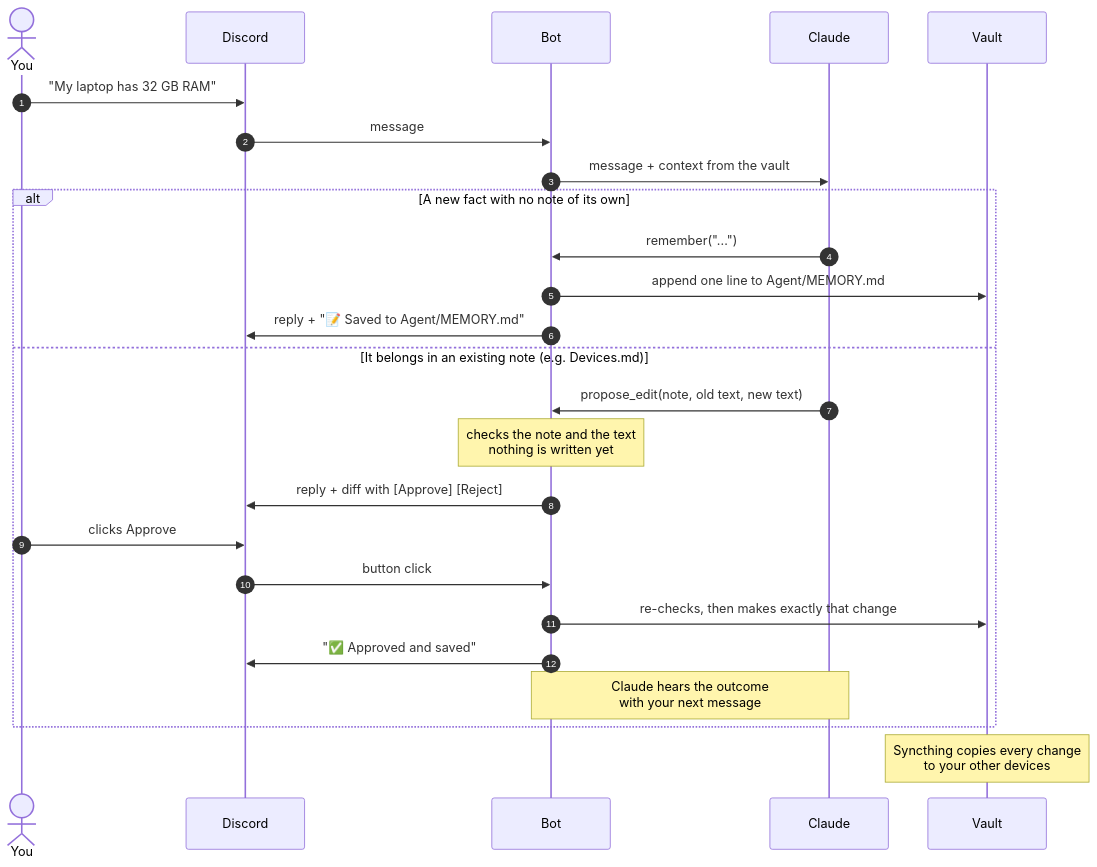
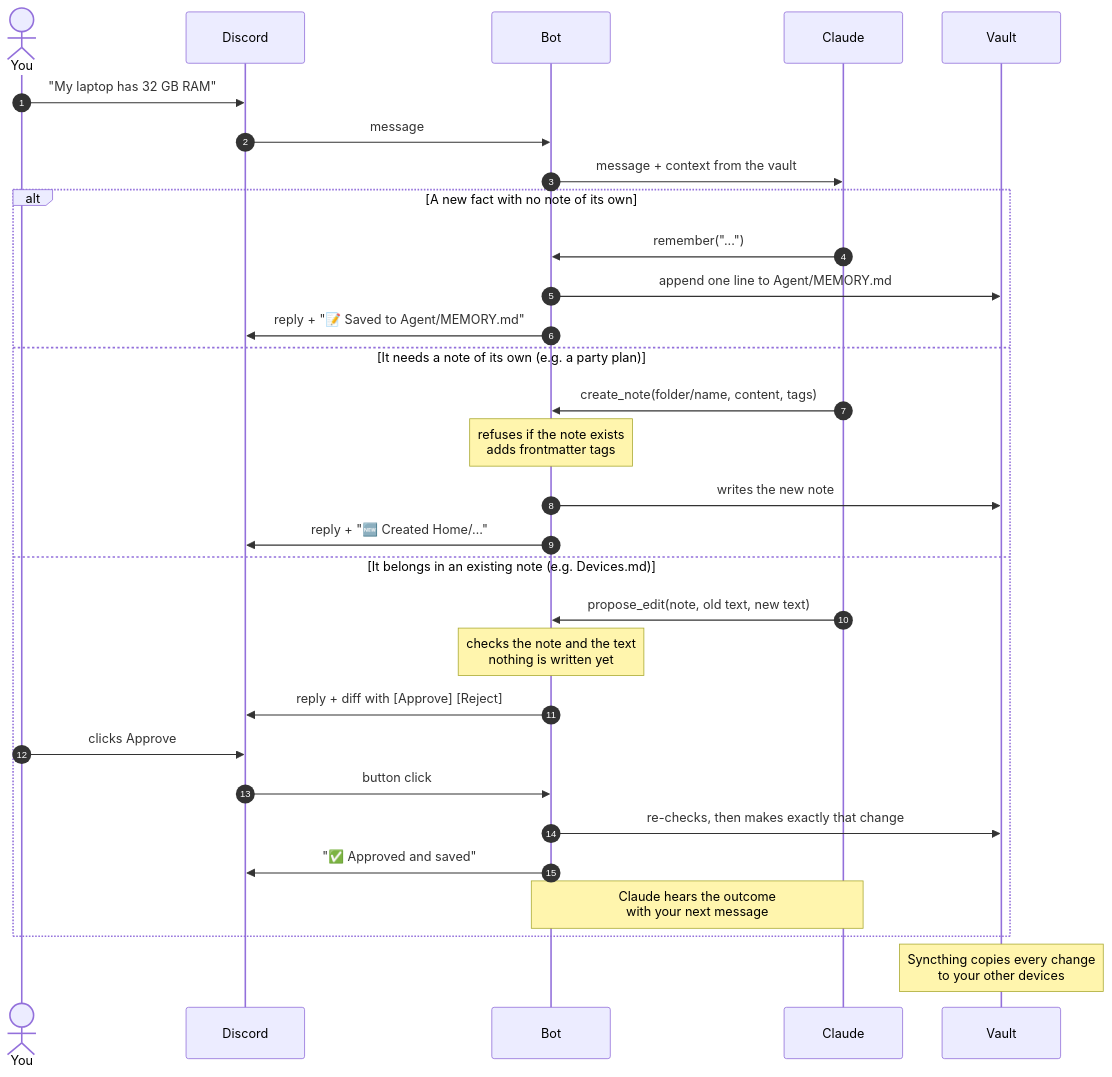
Before and after one commit to ianmllr/obsidian-memory-claude-assistant: the diagram in docs/05-how-it-works.md, drawn with Mermaid. The commit also changed other lines of this file and 8 other files, not shown here.

````diff
--- a/docs/05-how-it-works.md
+++ b/docs/05-how-it-works.md
@@ -29,30 +31,35 @@
 ```mermaid
 sequenceDiagram
     autonumber
     actor You
     participant D as Discord
     participant B as Bot
     participant C as Claude
     participant V as Vault
 
     You->>D: "My laptop has 32 GB RAM"
     D->>B: message
     B->>C: message + context from the vault
 
     alt A new fact with no note of its own
         C->>B: remember("...")
         B->>V: append one line to Agent/MEMORY.md
         B->>D: reply + "📝 Saved to Agent/MEMORY.md"
+    else It needs a note of its own (e.g. a party plan)
+        C->>B: create_note(folder/name, content, tags)
+        Note over B: refuses if the note exists<br/>adds frontmatter tags
+        B->>V: writes the new note
+        B->>D: reply + "🆕 Created Home/…"
     else It belongs in an existing note (e.g. Devices.md)
         C->>B: propose_edit(note, old text, new text)
         Note over B: checks the note and the text<br/>nothing is written yet
         B->>D: reply + diff with [Approve] [Reject]
         You->>D: clicks Approve
         D->>B: button click
         B->>V: re-checks, then makes exactly that change
         B->>D: "✅ Approved and saved"
         Note over B,C: Claude hears the outcome<br/>with your next message
     end
 
     Note over V: Syncthing copies every change<br/>to your other devices
 ```
````
